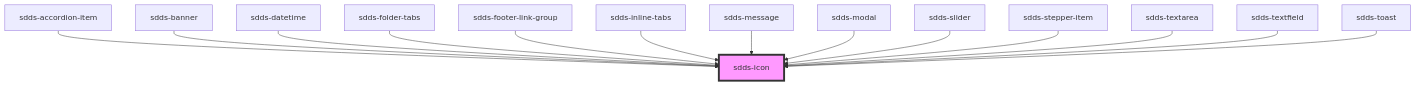
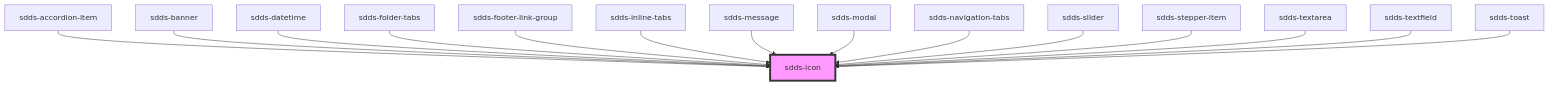
One commit to scania-digital-design-system/sdds changed the diagram in tegel/src/components/icon/readme.md. Above: the diagram before and after it, drawn with Mermaid. The commit also changed other lines of this file and 32 other files, not shown here.

````diff
--- a/tegel/src/components/icon/readme.md
+++ b/tegel/src/components/icon/readme.md
@@ -33,17 +34,18 @@
 ```mermaid
 graph TD;
   sdds-accordion-item --> sdds-icon
   sdds-banner --> sdds-icon
   sdds-datetime --> sdds-icon
   sdds-folder-tabs --> sdds-icon
   sdds-footer-link-group --> sdds-icon
   sdds-inline-tabs --> sdds-icon
   sdds-message --> sdds-icon
   sdds-modal --> sdds-icon
+  sdds-navigation-tabs --> sdds-icon
   sdds-slider --> sdds-icon
   sdds-stepper-item --> sdds-icon
   sdds-textarea --> sdds-icon
   sdds-textfield --> sdds-icon
   sdds-toast --> sdds-icon
   style sdds-icon fill:#f9f,stroke:#333,stroke-width:4px
 ```
````
